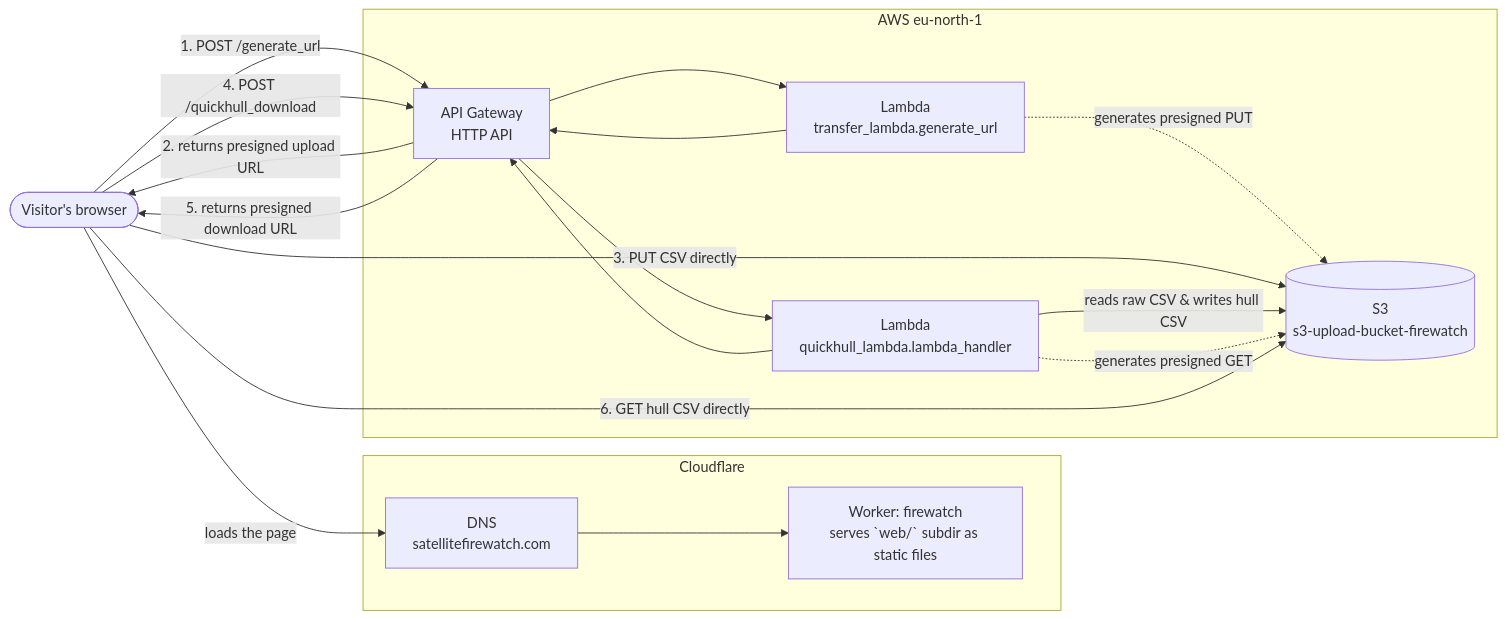
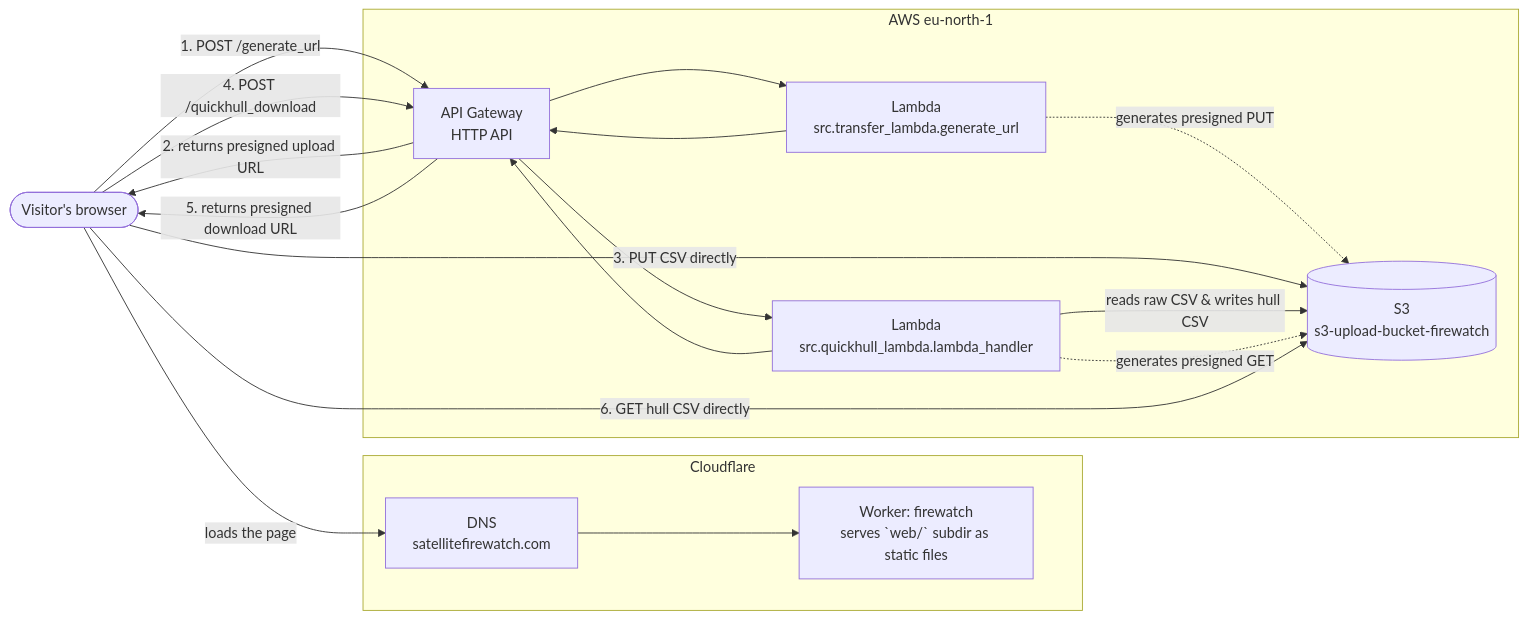
Before and after one commit to AtlasICL/firewatch: the diagram in README.md, drawn with Mermaid. The commit also changed 5 other files, not shown here.

````diff
--- a/README.md
+++ b/README.md
@@ -28,36 +28,36 @@
 ```mermaid
 flowchart LR
     user(["Visitor's browser"])
 
     subgraph CF["Cloudflare"]
         dns["DNS<br/>satellitefirewatch.com"]
         worker["Worker: firewatch<br/>serves `web/` subdir as static files"]
     end
 
     subgraph AWS["AWS eu-north-1"]
         apigw["API Gateway<br/>HTTP API"]
-        transfer["Lambda<br/>transfer_lambda.generate_url"]
-        qh["Lambda<br/>quickhull_lambda.lambda_handler"]
+        transfer["Lambda<br/>src.transfer_lambda.generate_url"]
+        qh["Lambda<br/>src.quickhull_lambda.lambda_handler"]
         s3[("S3<br/>s3-upload-bucket-firewatch")]
     end
 
     %% Edge deployment & static hosting / delivery through Cloudflare
     user -- "loads the page" --> dns --> worker
 
     %% Upload Presigned URL flow
     user -- "1. POST /generate_url" --> apigw
     apigw --> transfer
     transfer -. "generates presigned PUT" .-> s3
     transfer --> apigw
     apigw -- "2. returns presigned upload URL" --> user
     user -- "3. PUT CSV directly" --> s3
 
     %% Processing & Download flow
     user -- "4. POST /quickhull_download" --> apigw
     apigw --> qh
     qh -- "reads raw CSV & writes hull CSV" --> s3
     qh -. "generates presigned GET" .-> s3
     qh --> apigw
     apigw -- "5. returns presigned download URL" --> user
     user -- "6. GET hull CSV directly" --> s3
 ```
````
